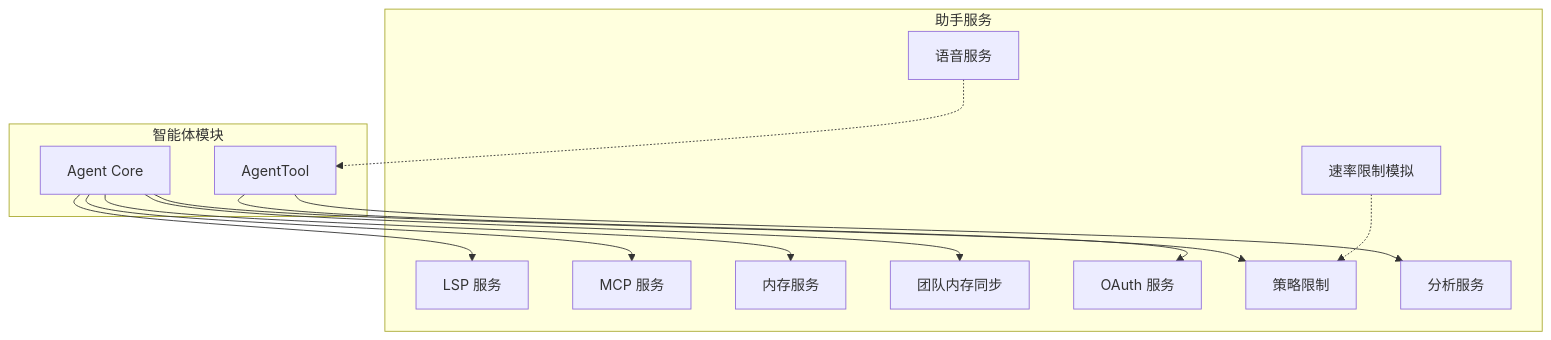
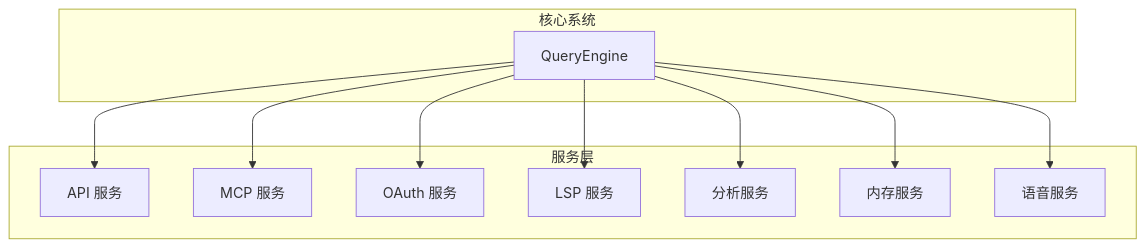
One commit to niuma996/claude-code-sourcemap-wiki changed the first of 2 diagrams in .nium-wiki/wiki/services/_index.md. Above: the diagram before and after it, drawn with Mermaid. The commit also changed other lines of this file and 1976 other files, not shown here.

````diff
--- a/.nium-wiki/wiki/services/_index.md
+++ b/.nium-wiki/wiki/services/_index.md
@@ -23,27 +9,22 @@
 ```mermaid
 flowchart TB
-    subgraph AssistantServices["助手服务"]
-        LSP["LSP 服务"]
-        MCP["MCP 服务"]
-        OAuth["OAuth 服务"]
-        Analytics["分析服务"]
-        Memory["内存服务"]
-        TeamSync["团队内存同步"]
-        Voice["语音服务"]
-        Policy["策略限制"]
-        RateLimit["速率限制模拟"]
+    subgraph Services["服务层"]
+        API[API 服务]
+        MCP[MCP 服务]
+        OAuth[OAuth 服务]
+        LSP[LSP 服务]
+        Analytics[分析服务]
+        Memory[内存服务]
+        Voice[语音服务]
     end
-    subgraph Agent["智能体模块"]
-        AgentCore["Agent Core"]
-        AgentTool["AgentTool"]
+    subgraph Core["核心系统"]
+        Query[QueryEngine]
     end
-    AgentCore --> LSP
-    AgentCore --> MCP
-    AgentCore --> Memory
-    AgentCore --> TeamSync
-    AgentCore --> Policy
-    AgentTool --> OAuth
-    AgentTool --> Analytics
-    Voice -.-> AgentTool
-    RateLimit -.-> Policy
+    Query --> API
+    Query --> MCP
+    Query --> OAuth
+    Query --> LSP
+    Query --> Analytics
+    Query --> Memory
+    Query --> Voice
 ```
````
